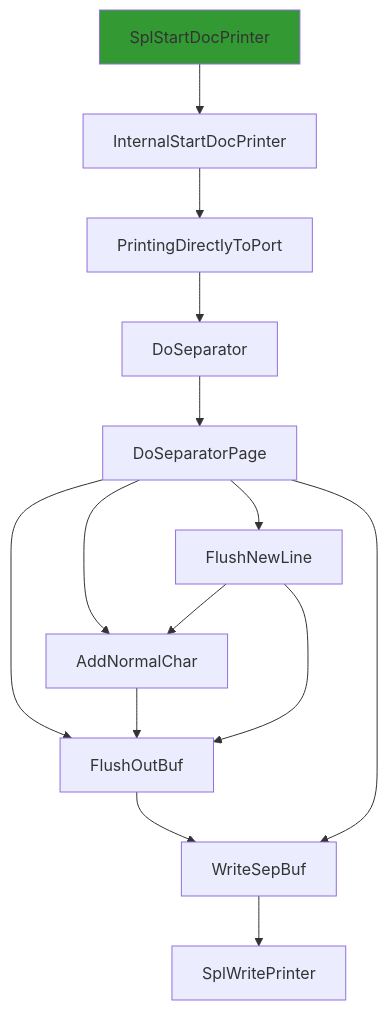
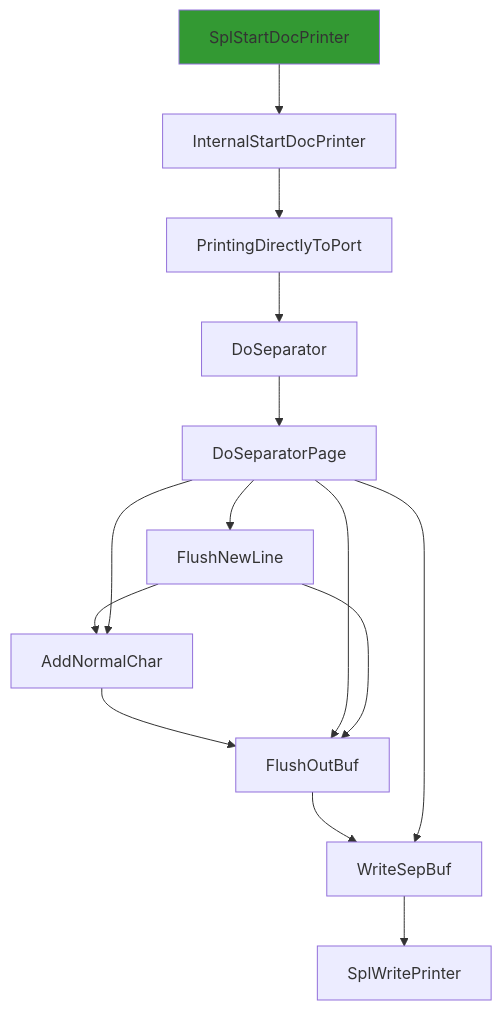
The first of 4 diagrams in .callgraphs/localspl.dll.x64.10.0.22000.376/SplWritePrinter.flow.md (clearbluejar/ghidra-pyhidra-callgraphs), drawn with Mermaid before and after one commit. The commit also changed other lines of this file and 15 other files, not shown here.

Commit message:
update with mermaid live links

````diff
--- a/.callgraphs/localspl.dll.x64.10.0.22000.376/SplWritePrinter.flow.md
+++ b/.callgraphs/localspl.dll.x64.10.0.22000.376/SplWritePrinter.flow.md
@@ -8,18 +12,18 @@
 ```mermaid
 flowchart TD
 classDef shaded fill:#339933
+3["AddNormalChar"] --> 2
+5["DoSeparatorPage"] --> 4
+5 --> 2
+9["SplStartDocPrinter"]:::shaded --> 8
+6["DoSeparator"] --> 5
+4["FlushNewLine"] --> 3
+0["WriteSepBuf"] --> 1["SplWritePrinter"]
+7["PrintingDirectlyToPort"] --> 6
+4 --> 2
 8["InternalStartDocPrinter"] --> 7
-9["SplStartDocPrinter"]:::shaded --> 8
-2 --> 4["AddNormalChar"]
-2 --> 3["FlushNewLine"]
-7["PrintingDirectlyToPort"] --> 6
-3 --> 4
-2 --> 5["FlushOutBuf"]
+2["FlushOutBuf"] --> 0
 5 --> 0
-2["DoSeparatorPage"] --> 0
-0["WriteSepBuf"] --> 1["SplWritePrinter"]
-4 --> 5
-3 --> 5
-6["DoSeparator"] --> 2
+5 --> 3
 
 ```
````
